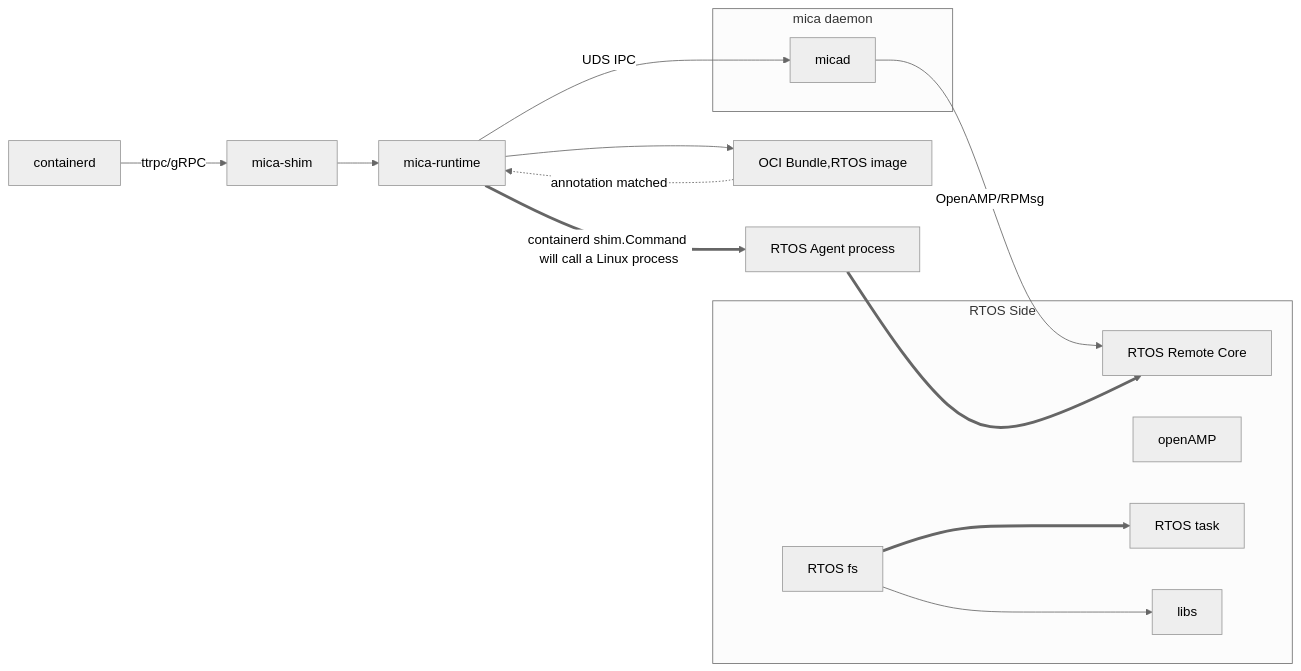
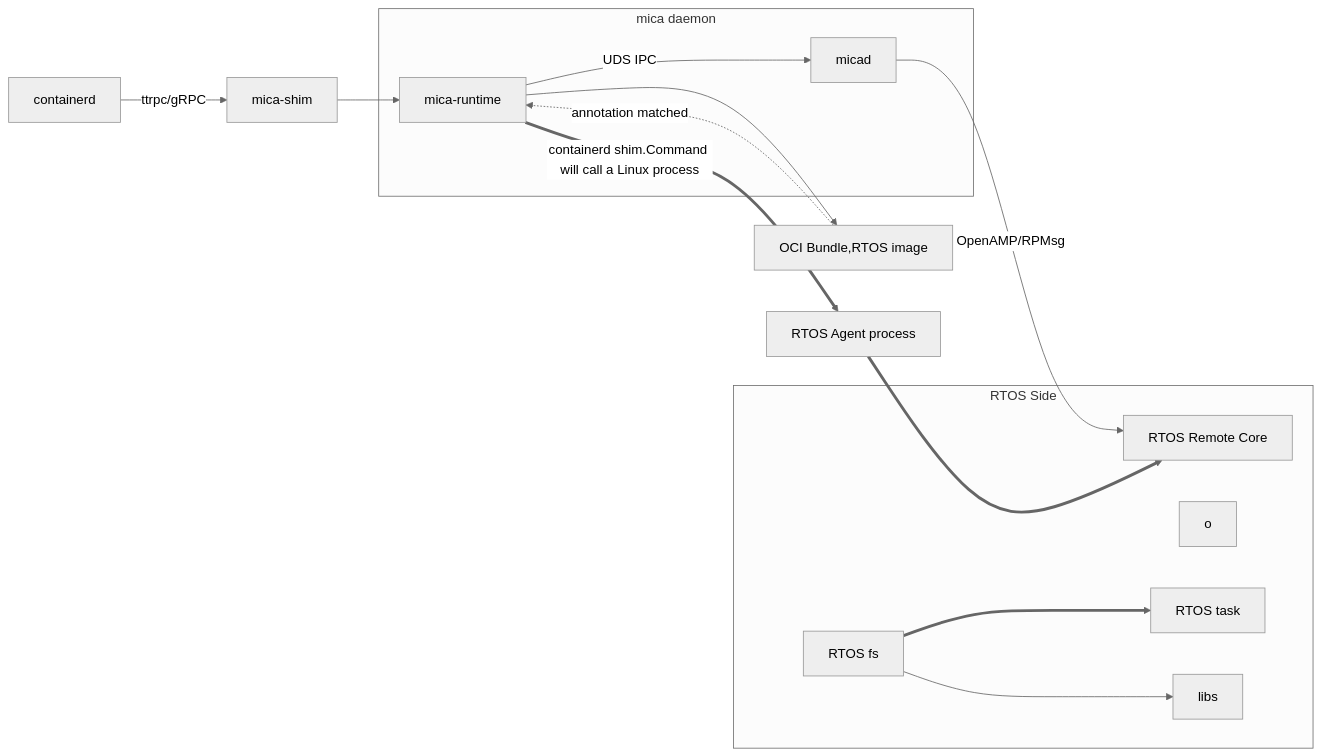
One commit to Egg12138/iodraw-files changed the diagram in all/未命名.md. Above: the diagram before and after it, drawn with Mermaid (neutral theme).

Commit message:
2025-06-21 17:13:10 update

````diff
--- a/all/未命名.md
+++ b/all/未命名.md
@@ -1,23 +1,24 @@
 ```mermaid
 
 graph LR
     CD[containerd] -->|ttrpc/gRPC| S
     S[mica-shim] --> MR
     MR[mica-runtime] -->|UDS IPC| A[micad]
     MR -->C[OCI Bundle,RTOS image]
     MR ==>|containerd shim.Command will call a Linux process|AG[RTOS Agent process]
     A -->|OpenAMP/RPMsg| B[RTOS Remote Core]
     C -.->|annotation matched| MR
     AG ==>B
     subgraph RTOS Side
-        openAMP 
+        o
         B
         D[RTOS fs] ==> E
         D --> L[libs]
         E[RTOS task]
     end
     subgraph mica daemon
         A
+        MR
     end
 
 ```
````
